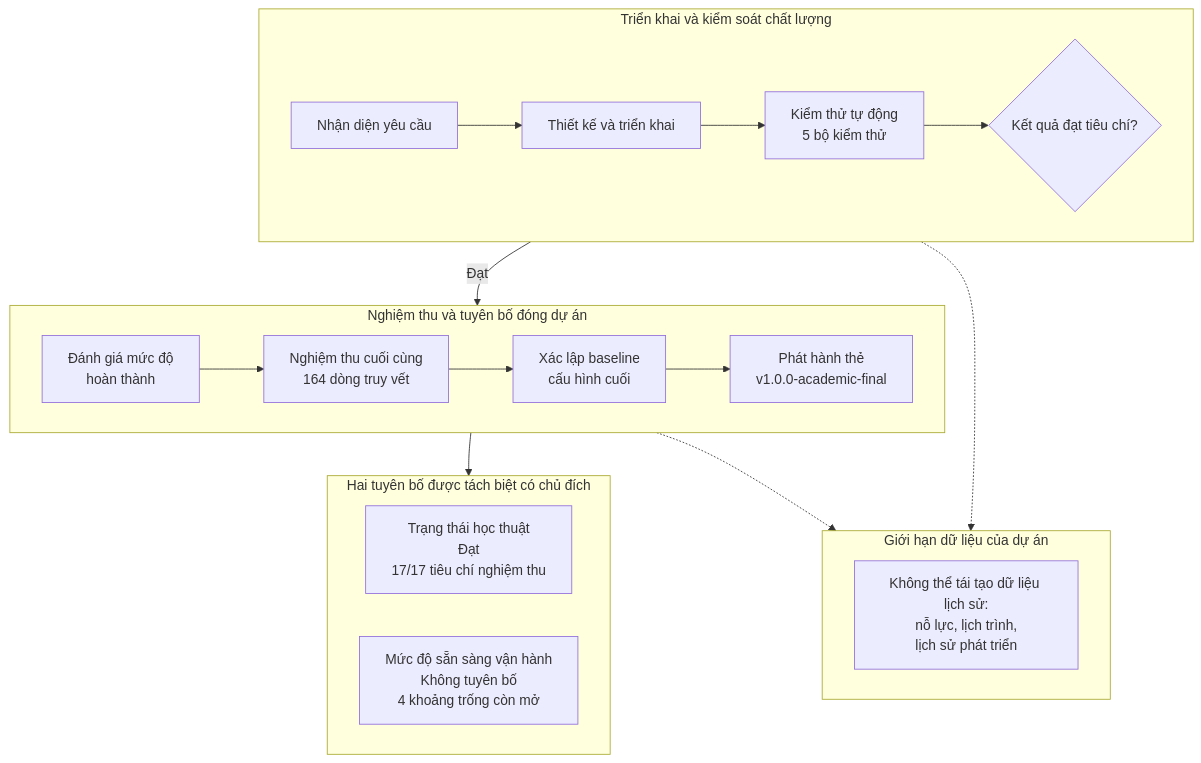
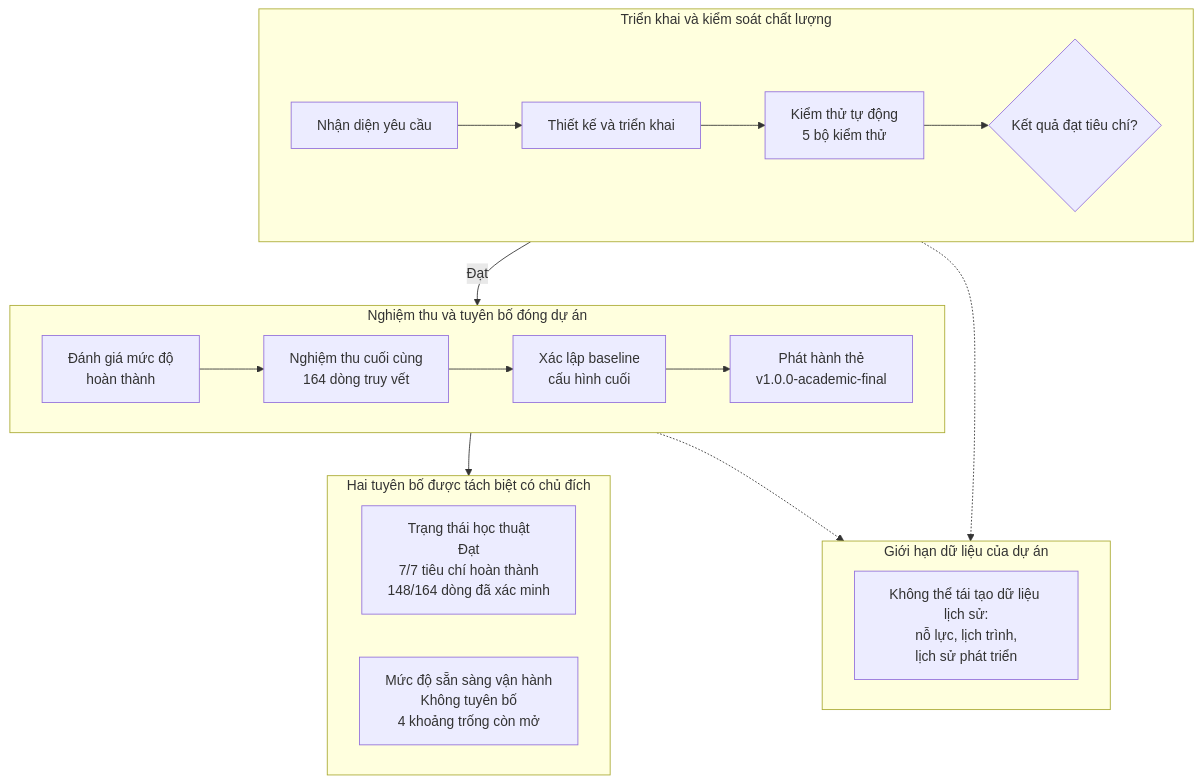
One commit to HoangKhai1612/expense_management changed the diagram in report/mermaid/07_nghiem_thu_dong_dau.mmd. Above: the diagram before and after it, drawn with Mermaid. The commit also changed 16 other files, not shown here.

```diff
--- a/report/mermaid/07_nghiem_thu_dong_dau.mmd
+++ b/report/mermaid/07_nghiem_thu_dong_dau.mmd
@@ -1,27 +1,27 @@
 flowchart TB
     subgraph T1["Triển khai và kiểm soát chất lượng"]
         direction LR
         A["Nhận diện yêu cầu"] --> B["Thiết kế và triển khai"] --> C["Kiểm thử tự động<br/>5 bộ kiểm thử"] --> D{"Kết quả đạt tiêu chí?"}
     end
 
     subgraph T2["Nghiệm thu và tuyên bố đóng dự án"]
         direction LR
         G["Đánh giá mức độ<br/>hoàn thành"] --> H["Nghiệm thu cuối cùng<br/>164 dòng truy vết"] --> I["Xác lập baseline<br/>cấu hình cuối"] --> J["Phát hành thẻ<br/>v1.0.0-academic-final"]
     end
 
     subgraph T3["Hai tuyên bố được tách biệt có chủ đích"]
         direction LR
-        L1["Trạng thái học thuật<br/>Đạt<br/>17/17 tiêu chí nghiệm thu"]
+        L1["Trạng thái học thuật<br/>Đạt<br/>7/7 tiêu chí hoàn thành<br/>148/164 dòng đã xác minh"]
         L2["Mức độ sẵn sàng vận hành<br/>Không tuyên bố<br/>4 khoảng trống còn mở"]
     end
 
     T1 -->|"Đạt"| T2
     T2 --> T3
 
     subgraph T4["Giới hạn dữ liệu của dự án"]
         direction LR
         M["Không thể tái tạo dữ liệu lịch sử:<br/>nỗ lực, lịch trình,<br/>lịch sử phát triển"]
     end
 
     T1 -.-> T4
     T2 -.-> T4
```
